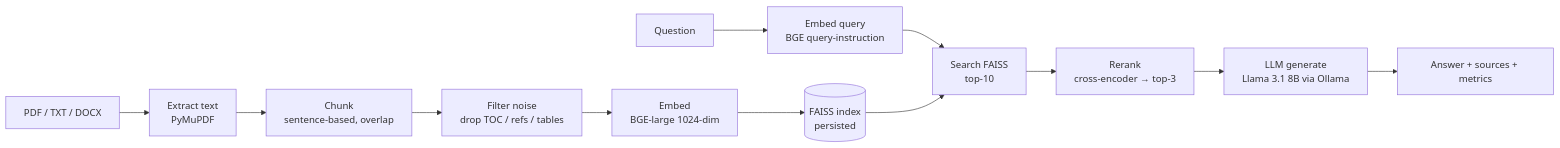
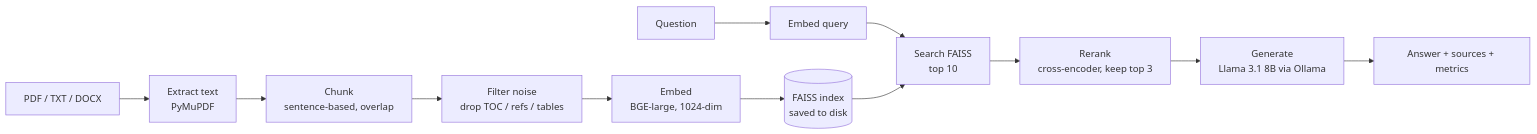
The diagram in README.md (pandeyAnush/ember), drawn with Mermaid before and after one commit. The commit also changed other lines of this file and 13 other files, not shown here.

````diff
--- a/README.md
+++ b/README.md
@@ -32,15 +65,15 @@
 ```mermaid
 flowchart LR
     A[PDF / TXT / DOCX] --> B[Extract text<br/>PyMuPDF]
     B --> C[Chunk<br/>sentence-based, overlap]
     C --> D[Filter noise<br/>drop TOC / refs / tables]
-    D --> E[Embed<br/>BGE-large 1024-dim]
-    E --> F[(FAISS index<br/>persisted)]
+    D --> E[Embed<br/>BGE-large, 1024-dim]
+    E --> F[(FAISS index<br/>saved to disk)]
 
-    Q[Question] --> G[Embed query<br/>BGE query-instruction]
-    G --> H[Search FAISS<br/>top-10]
+    Q[Question] --> G[Embed query]
+    G --> H[Search FAISS<br/>top 10]
     F --> H
-    H --> I[Rerank<br/>cross-encoder → top-3]
-    I --> J[LLM generate<br/>Llama 3.1 8B via Ollama]
+    H --> I[Rerank<br/>cross-encoder, keep top 3]
+    I --> J[Generate<br/>Llama 3.1 8B via Ollama]
     J --> K[Answer + sources + metrics]
 ```
````
